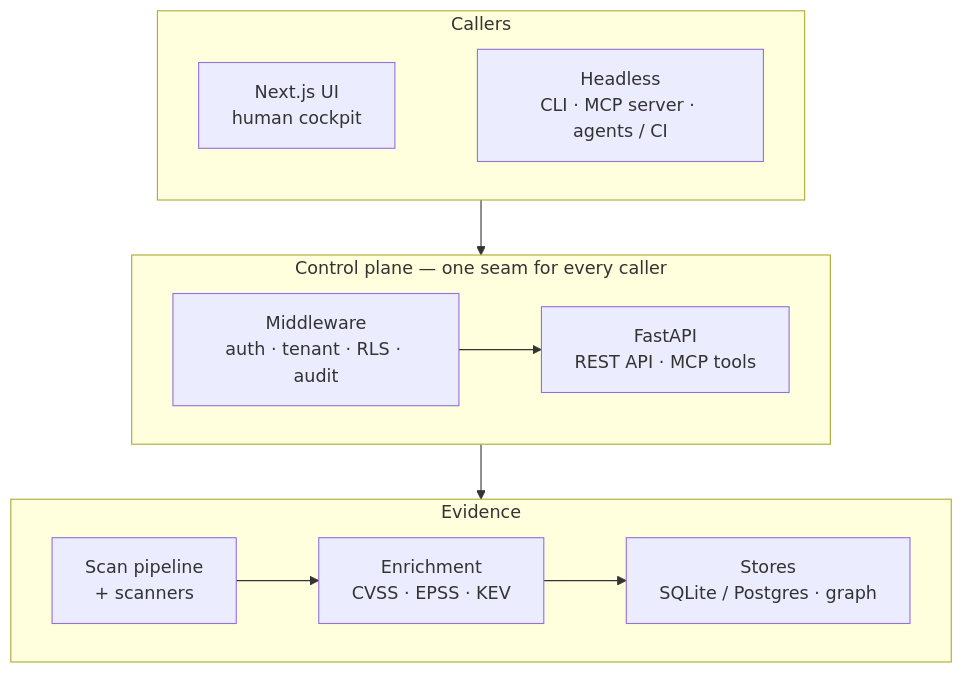
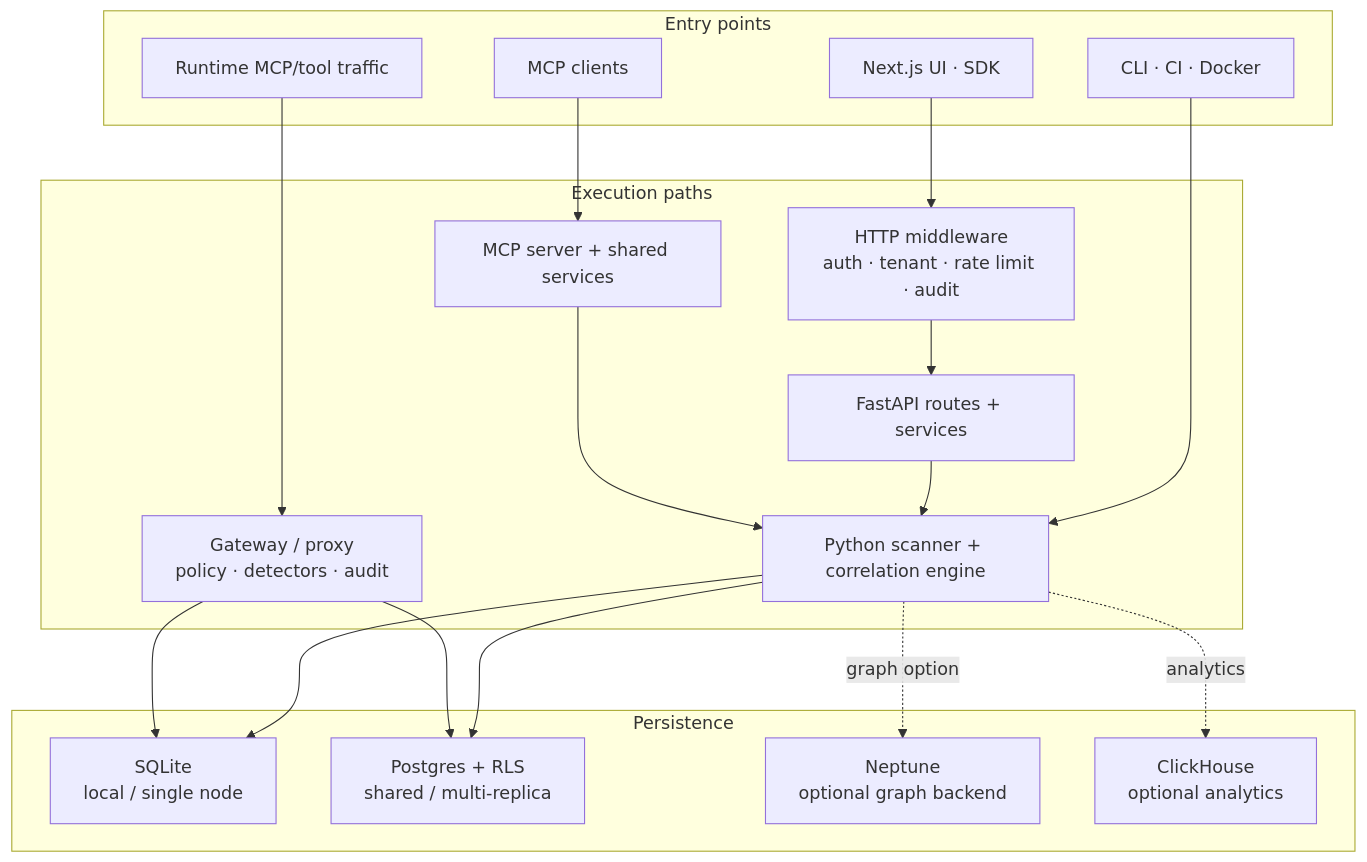
The diagram in README.md (msaad00/agent-bom), drawn with Mermaid before and after one commit. The commit also changed other lines of this file and 2 other files, not shown here.

Commit message:
docs(readme): make public proof concise and architecture-accurate

````diff
--- a/README.md
+++ b/README.md
@@ -102,16 +78,33 @@
 ```mermaid
 flowchart TB
-    subgraph callers ["Callers"]
-        direction LR
-        UI["Next.js UI<br/>human cockpit"] ~~~ HL["Headless<br/>CLI · MCP server · agents / CI"]
+    subgraph callers ["Entry points"]
+        CLI["CLI · CI · Docker"]
+        UI["Next.js UI · SDK"]
+        MCP["MCP clients"]
+        RT["Runtime MCP/tool traffic"]
     end
-    subgraph plane ["Control plane — one seam for every caller"]
-        direction LR
-        MW["Middleware<br/>auth · tenant · RLS · audit"] --> API["FastAPI<br/>REST API · MCP tools"]
+    subgraph services ["Execution paths"]
+        CORE["Python scanner + correlation engine"]
+        MW["HTTP middleware<br/>auth · tenant · rate limit · audit"]
+        API["FastAPI routes + services"]
+        MCPS["MCP server + shared services"]
+        GW["Gateway / proxy<br/>policy · detectors · audit"]
     end
-    subgraph evidence ["Evidence"]
-        direction LR
-        PIPE["Scan pipeline<br/>+ scanners"] --> ENR["Enrichment<br/>CVSS · EPSS · KEV"] --> ST["Stores<br/>SQLite / Postgres · graph"]
+    subgraph stores ["Persistence"]
+        SQL["SQLite<br/>local / single node"]
+        PG["Postgres + RLS<br/>shared / multi-replica"]
+        NEP["Neptune<br/>optional graph backend"]
+        CH["ClickHouse<br/>optional analytics"]
     end
-    callers --> plane --> evidence
+
+    CLI --> CORE
+    UI --> MW --> API --> CORE
+    MCP --> MCPS --> CORE
+    RT --> GW
+    CORE --> SQL
+    CORE --> PG
+    CORE -. graph option .-> NEP
+    CORE -. analytics .-> CH
+    GW --> SQL
+    GW --> PG
 ```
````
